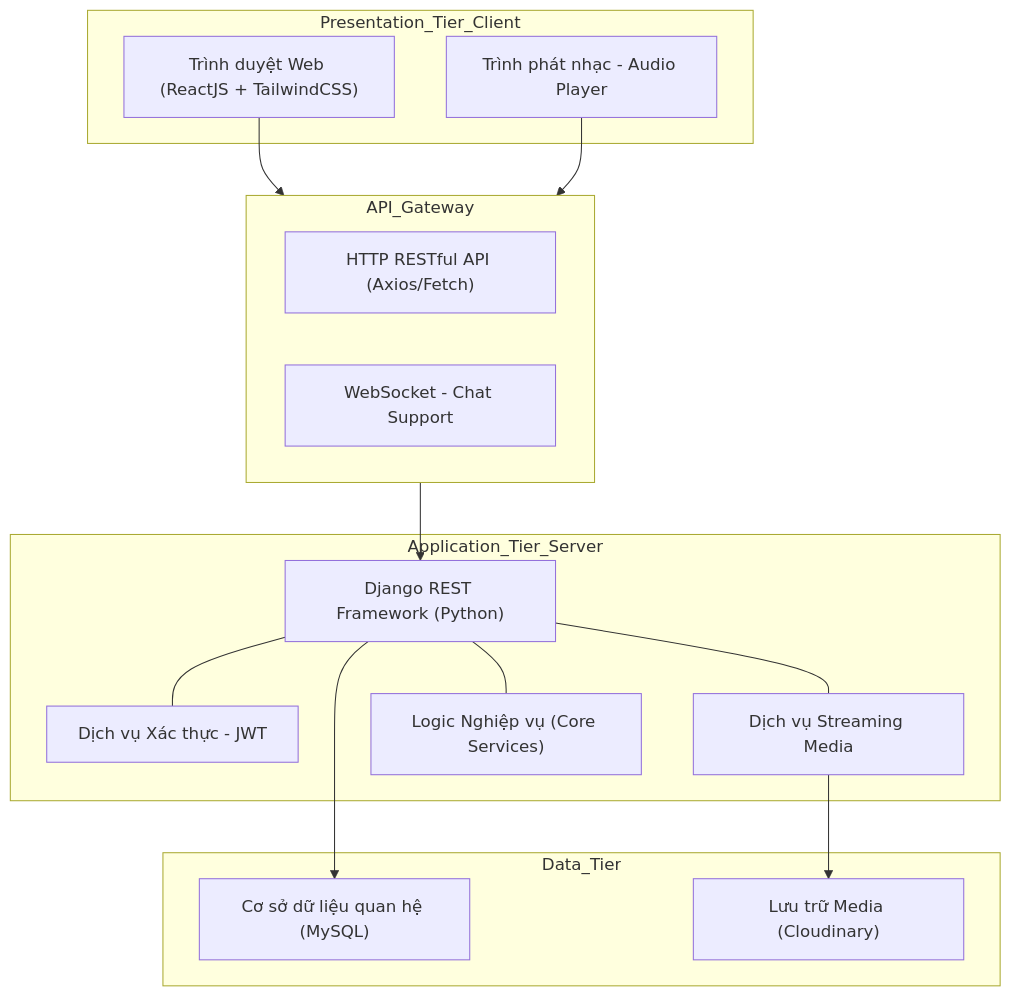
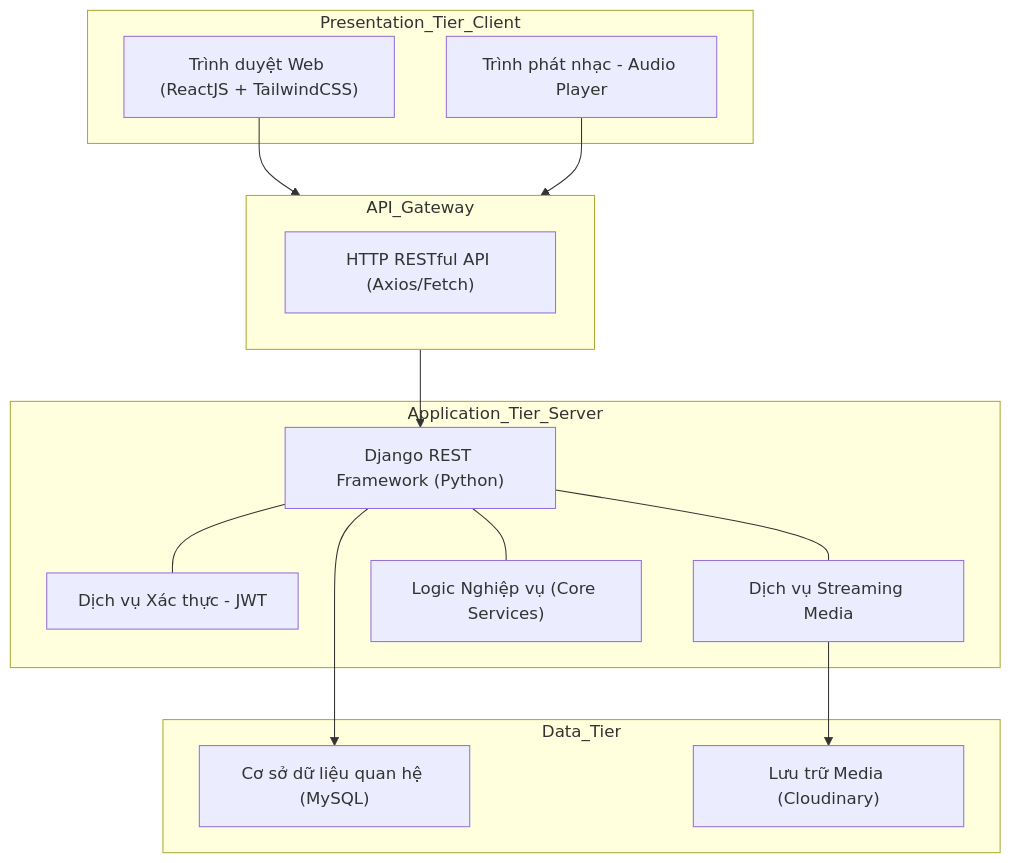
One commit to NguyenThaiVinh0494/DACNPM_OnlineMusicStreamingWebsite changed the second of 5 diagrams in Tài Liệu/SRS.md. Above: the diagram before and after it, drawn with Mermaid. The commit also changed other lines of this file and 61 other files, not shown here.

````diff
--- a/Tài Liệu/SRS.md
+++ b/Tài Liệu/SRS.md
@@ -402,36 +400,35 @@
 ```mermaid
 graph TD
     subgraph Presentation_Tier_Client
         UI["Trình duyệt Web (ReactJS + TailwindCSS)"]
         Player["Trình phát nhạc - Audio Player"]
     end
 
     subgraph API_Gateway
         HTTP["HTTP RESTful API (Axios/Fetch)"]
-        WS["WebSocket - Chat Support"]
     end
 
     subgraph Application_Tier_Server
         Django["Django REST Framework (Python)"]
         Auth["Dịch vụ Xác thực - JWT"]
         StreamSrc["Dịch vụ Streaming Media"]
         Bussiness["Logic Nghiệp vụ (Core Services)"]
     end
 
     subgraph Data_Tier
         DB["Cơ sở dữ liệu quan hệ (MySQL)"]
         Storage["Lưu trữ Media (Cloudinary)"]
     end
 
     Django --- Auth
     Django --- StreamSrc
     Django --- Bussiness
 
     UI --> API_Gateway
     Player --> API_Gateway
 
     API_Gateway --> Django
 
     Django --> DB
     StreamSrc --> Storage
 ```
````
